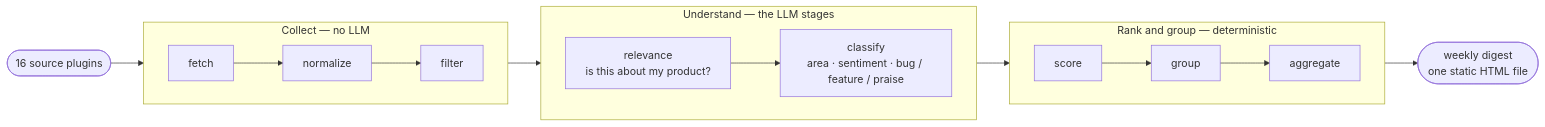
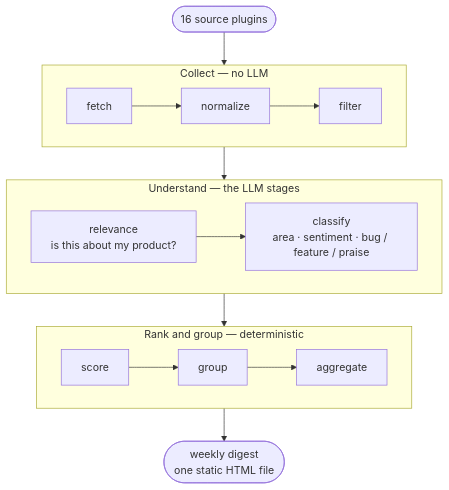
One commit to ngera/ProductMonitor changed the diagram in README.md. Above: the diagram before and after it, drawn with Mermaid. The commit also changed 5 other files, not shown here.

````diff
--- a/README.md
+++ b/README.md
@@ -111,23 +111,23 @@
 ```mermaid
-flowchart LR
+flowchart TB
   SRC(["16 source plugins"])
 
   subgraph COLLECT["Collect — no LLM"]
     direction LR
     F[fetch] --> N[normalize] --> FI[filter]
   end
 
   subgraph UNDERSTAND["Understand — the LLM stages"]
     direction LR
     R["relevance<br/>is this about my product?"] --> C["classify<br/>area · sentiment · bug / feature / praise"]
   end
 
   subgraph RANK["Rank and group — deterministic"]
     direction LR
     S[score] --> G[group] --> A[aggregate]
   end
 
   OUT(["weekly digest<br/>one static HTML file"])
 
   SRC --> COLLECT --> UNDERSTAND --> RANK --> OUT
 ```
````
